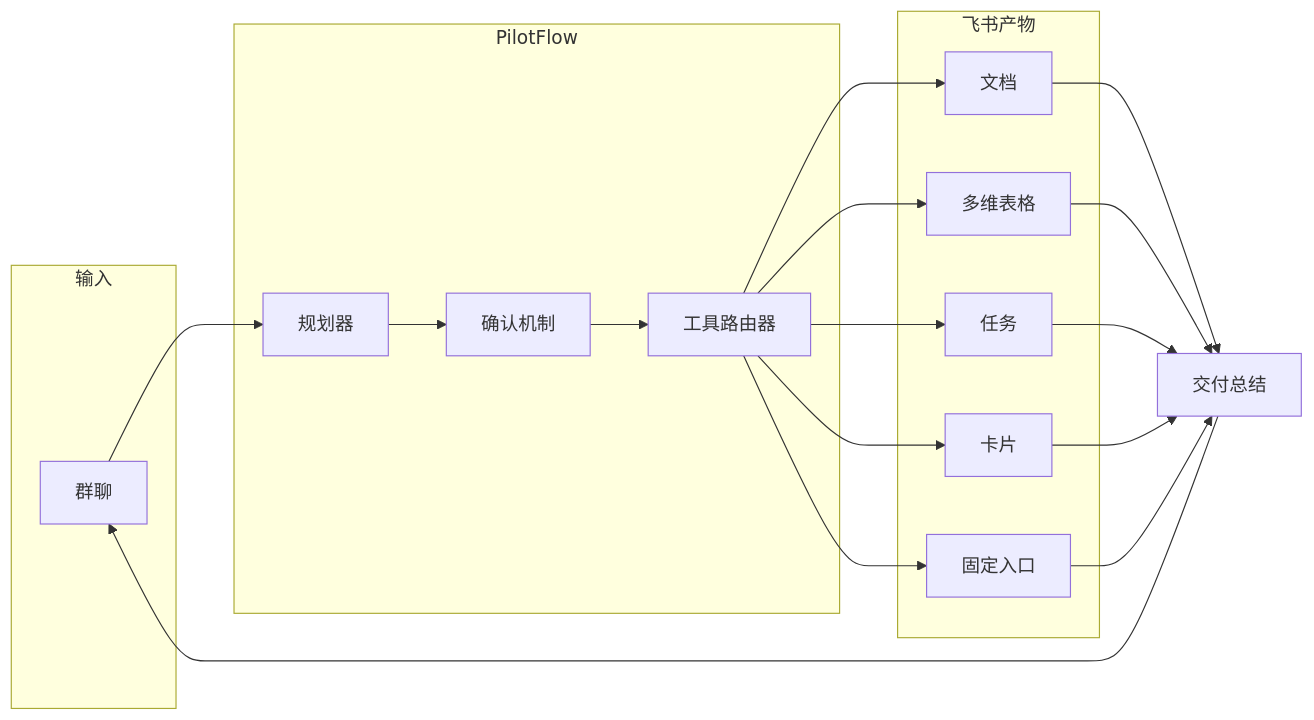
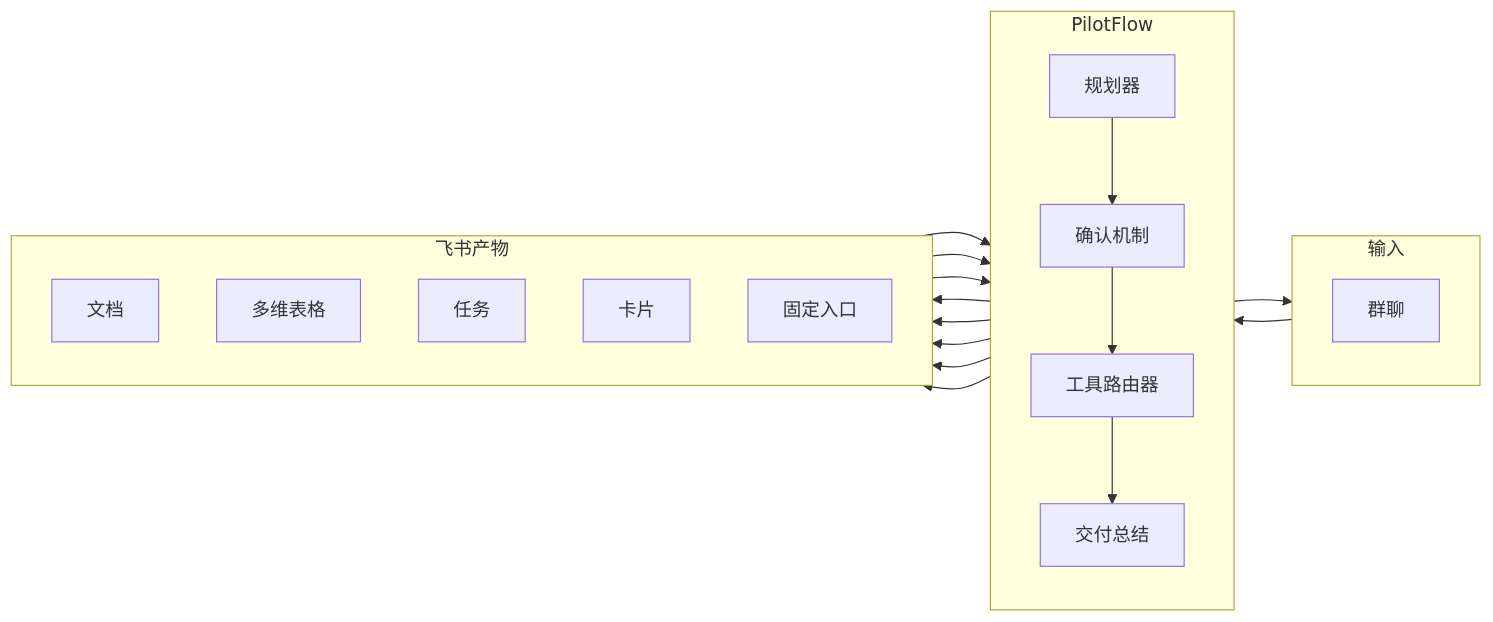
One commit to DeliciousBuding/pilot-flow changed the second of 2 diagrams in README.md. Above: the diagram before and after it, drawn with Mermaid. The commit also changed 1 other file, not shown here.

Commit message:
docs: align architecture diagram subgraphs vertically
- Add direction TB inside each subgraph for consistent vertical stacking
- Move delivery summary into PilotFlow subgraph to balance node counts
- Each subgraph now has its own internal vertical flow

````diff
--- a/README.md
+++ b/README.md
@@ -87,32 +87,36 @@
 ```mermaid
 flowchart LR
     subgraph 输入
+        direction TB
         IM["群聊"]
     end
 
     subgraph PilotFlow
-        Planner["规划器"] --> Confirm["确认机制"]
-        Confirm --> Router["工具路由器"]
+        direction TB
+        Planner["规划器"]
+        Confirm["确认机制"]
+        Router["工具路由器"]
+        Summary["交付总结"]
+        Planner --> Confirm --> Router --> Summary
     end
 
     subgraph 飞书产物
+        direction TB
         Doc["文档"]
         Base["多维表格"]
         Task["任务"]
         Card["卡片"]
         Entry["固定入口"]
     end
 
     IM --> Planner
     Router --> Doc
     Router --> Base
     Router --> Task
     Router --> Card
     Router --> Entry
-    Doc --> Summary["交付总结"]
+    Doc --> Summary
     Base --> Summary
     Task --> Summary
-    Card --> Summary
-    Entry --> Summary
     Summary --> IM
 ```
````
